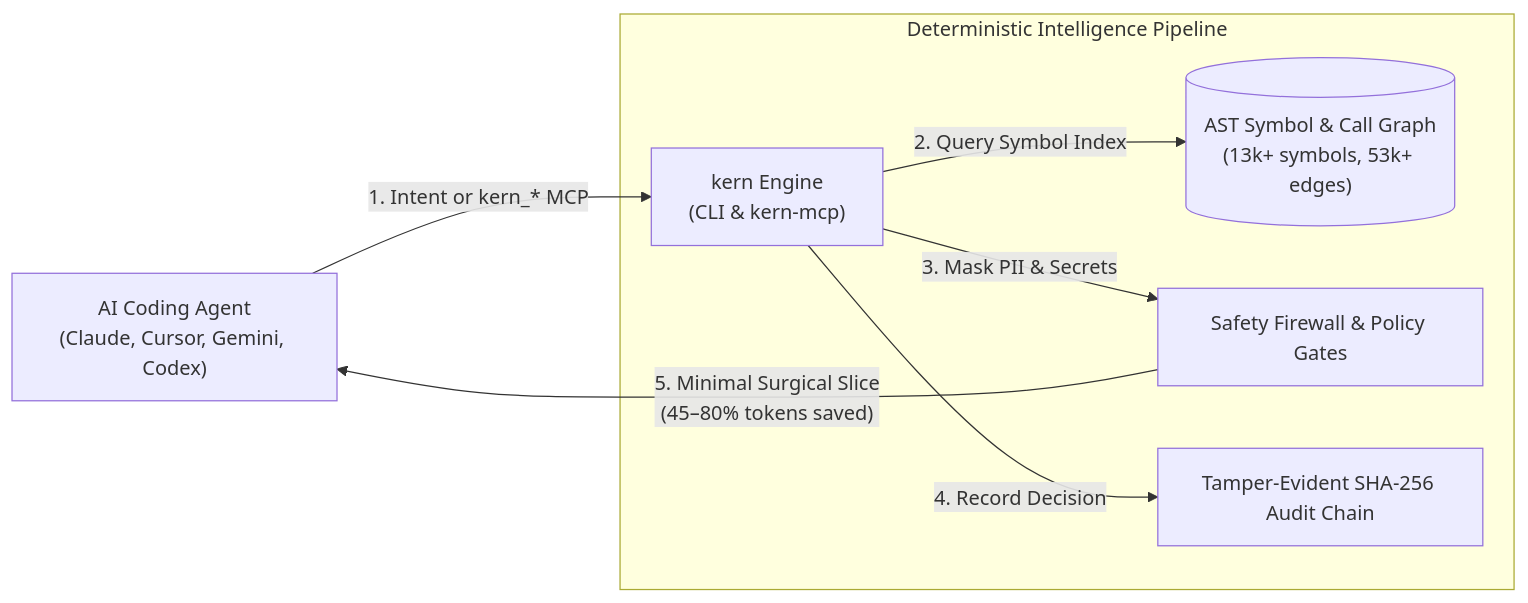
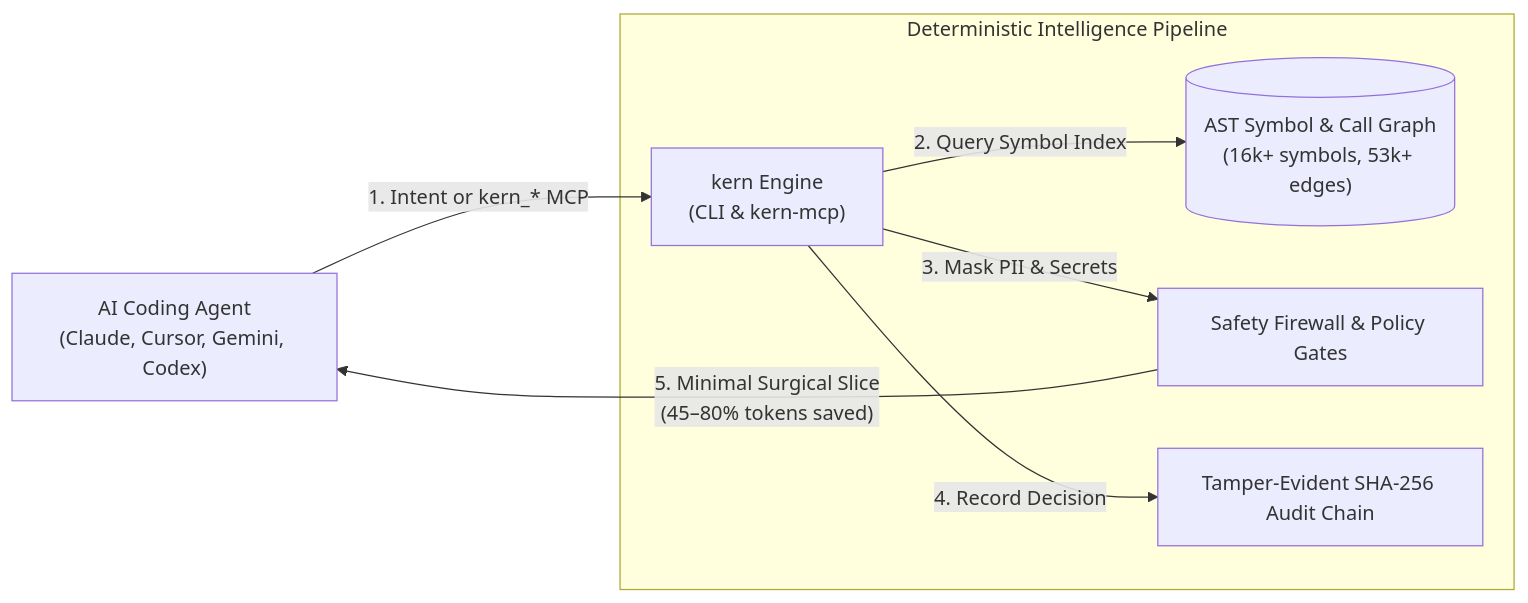
The second of 2 diagrams in README.md (JayveerPrajapati/kern), drawn with Mermaid before and after one commit. The commit also changed other lines of this file and 384 other files, not shown here.

````diff
--- a/README.md
+++ b/README.md
@@ -176,12 +269,12 @@
 ```mermaid
 flowchart LR
     A["AI Coding Agent<br/>(Claude, Cursor, Gemini, Codex)"] -->|"1. Intent or kern_* MCP"| B["kern Engine<br/>(CLI & kern-mcp)"]
     
     subgraph Core_Engine["Deterministic Intelligence Pipeline"]
-        B -->|"2. Query Symbol Index"| C[("AST Symbol & Call Graph<br/>(13k+ symbols, 53k+ edges)")]
+        B -->|"2. Query Symbol Index"| C[("AST Symbol & Call Graph<br/>(16k+ symbols, 53k+ edges)")]
         B -->|"3. Mask PII & Secrets"| D["Safety Firewall & Policy Gates"]
         B -->|"4. Record Decision"| E["Tamper-Evident SHA-256 Audit Chain"]
     end
     
     D -->|"5. Minimal Surgical Slice<br/>(45–80% tokens saved)"| A
 ```
````
